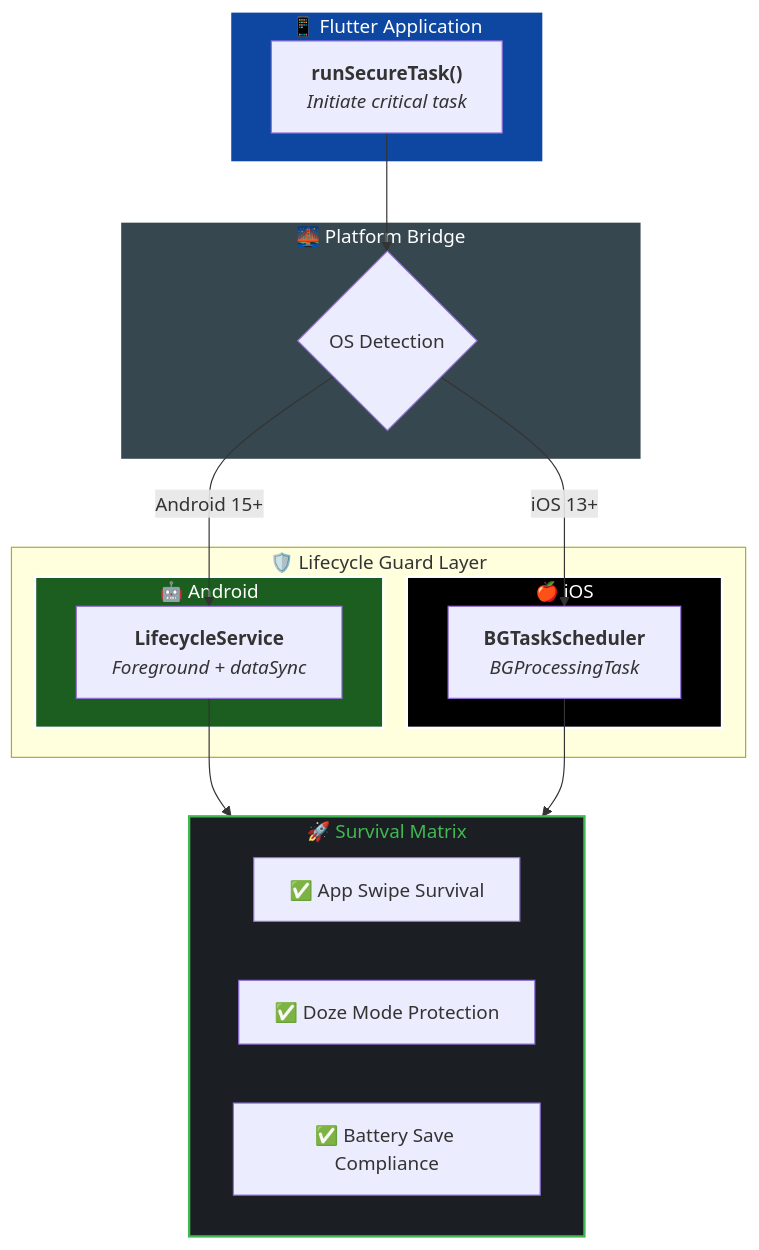
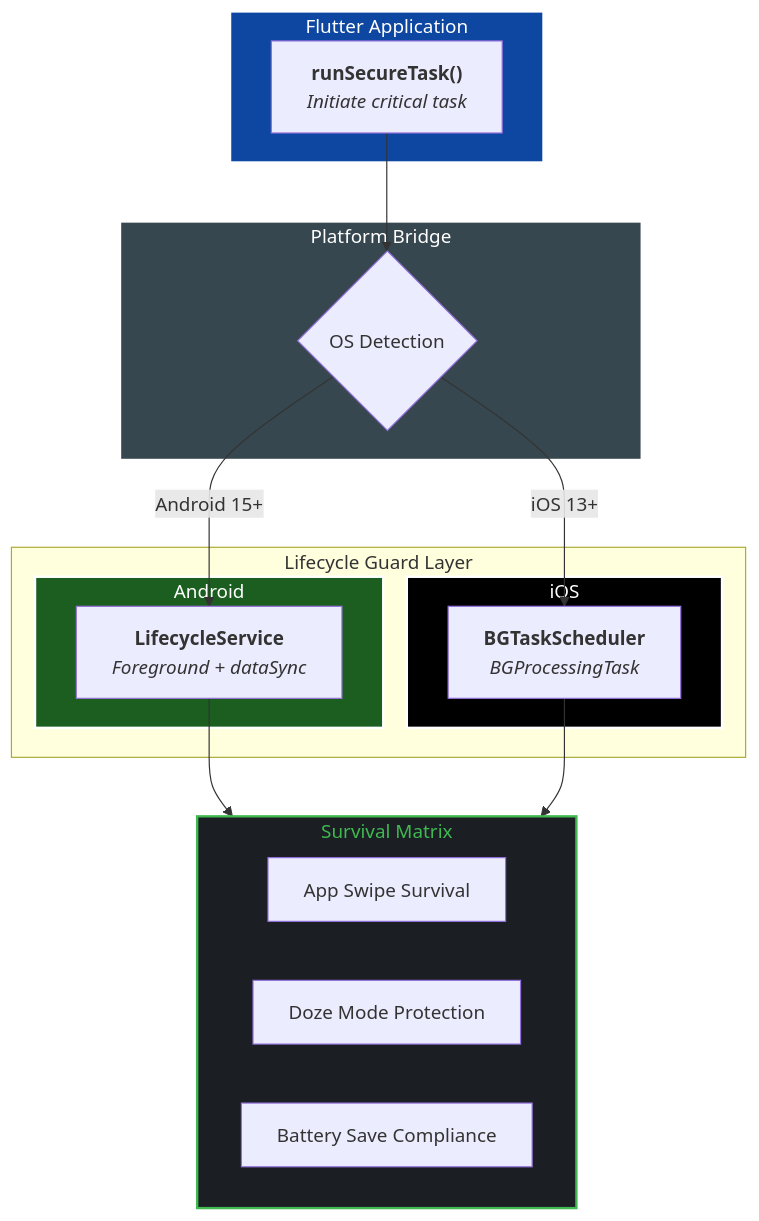
Before and after one commit to Crealify/lifecycle_guard: the diagram in lifecycle_guard/README.md, drawn with Mermaid. The commit also changed other lines of this file and 7 other files, not shown here.

````diff
--- a/lifecycle_guard/README.md
+++ b/lifecycle_guard/README.md
@@ -251,39 +251,39 @@
 ```mermaid
 graph TD
-    subgraph App ["📱 Flutter Application"]
+    subgraph App ["Flutter Application"]
         A["<b>runSecureTask()</b><br/><i>Initiate critical task</i>"]
     end
 
-    subgraph Bridge ["🌉 Platform Bridge"]
+    subgraph Bridge ["Platform Bridge"]
         B{"OS Detection"}
     end
 
-    subgraph Guard ["🛡️ Lifecycle Guard Layer"]
-        subgraph Android ["🤖 Android"]
+    subgraph Guard ["Lifecycle Guard Layer"]
+        subgraph Android ["Android"]
             C["<b>LifecycleService</b><br/><i>Foreground + dataSync</i>"]
         end
-        subgraph iOS ["🍎 iOS"]
+        subgraph iOS ["iOS"]
             D["<b>BGTaskScheduler</b><br/><i>BGProcessingTask</i>"]
         end
     end
 
-    subgraph Survival ["🚀 Survival Matrix"]
-        E["✅ App Swipe Survival"]
-        F["✅ Doze Mode Protection"]
-        G["✅ Battery Save Compliance"]
+    subgraph Survival ["Survival Matrix"]
+        E["App Swipe Survival"]
+        F["Doze Mode Protection"]
+        G["Battery Save Compliance"]
     end
 
     A --> B
     B -- "Android 15+" --> C
     B -- "iOS 13+" --> D
     
     C --> Survival
     D --> Survival
 
     %% Styling
     style App fill:#0D47A1,color:#fff,stroke:#fff,stroke-width:2px
     style Bridge fill:#37474F,color:#fff,stroke:#fff,stroke-width:2px
     style Android fill:#1B5E20,color:#fff,stroke:#fff,stroke-width:2px
     style iOS fill:#000,color:#fff,stroke:#fff,stroke-width:2px
     style Survival fill:#1B1F23,color:#3fb950,stroke:#3fb950,stroke-width:2px
 ```
````
